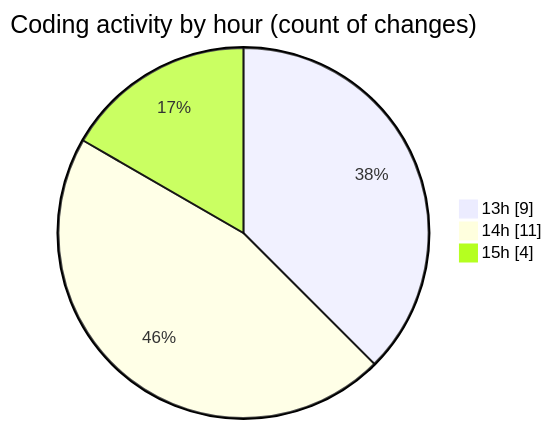
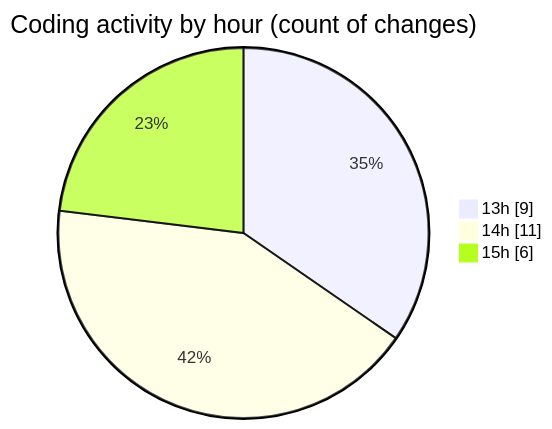
The second of 2 diagrams in 2025-03-08/computer_202/README.md (NitaiMahat/code-tracking), drawn with Mermaid before and after one commit. The commit also changed other lines of this file and 1 other file, not shown here.

````diff
--- a/2025-03-08/computer_202/README.md
+++ b/2025-03-08/computer_202/README.md
@@ -36,7 +36,7 @@
 ```mermaid
 pie showData
 title Coding activity by hour (count of changes)
 "13h" : 9
 "14h" : 11
-"15h" : 4
+"15h" : 6
 ```
````
